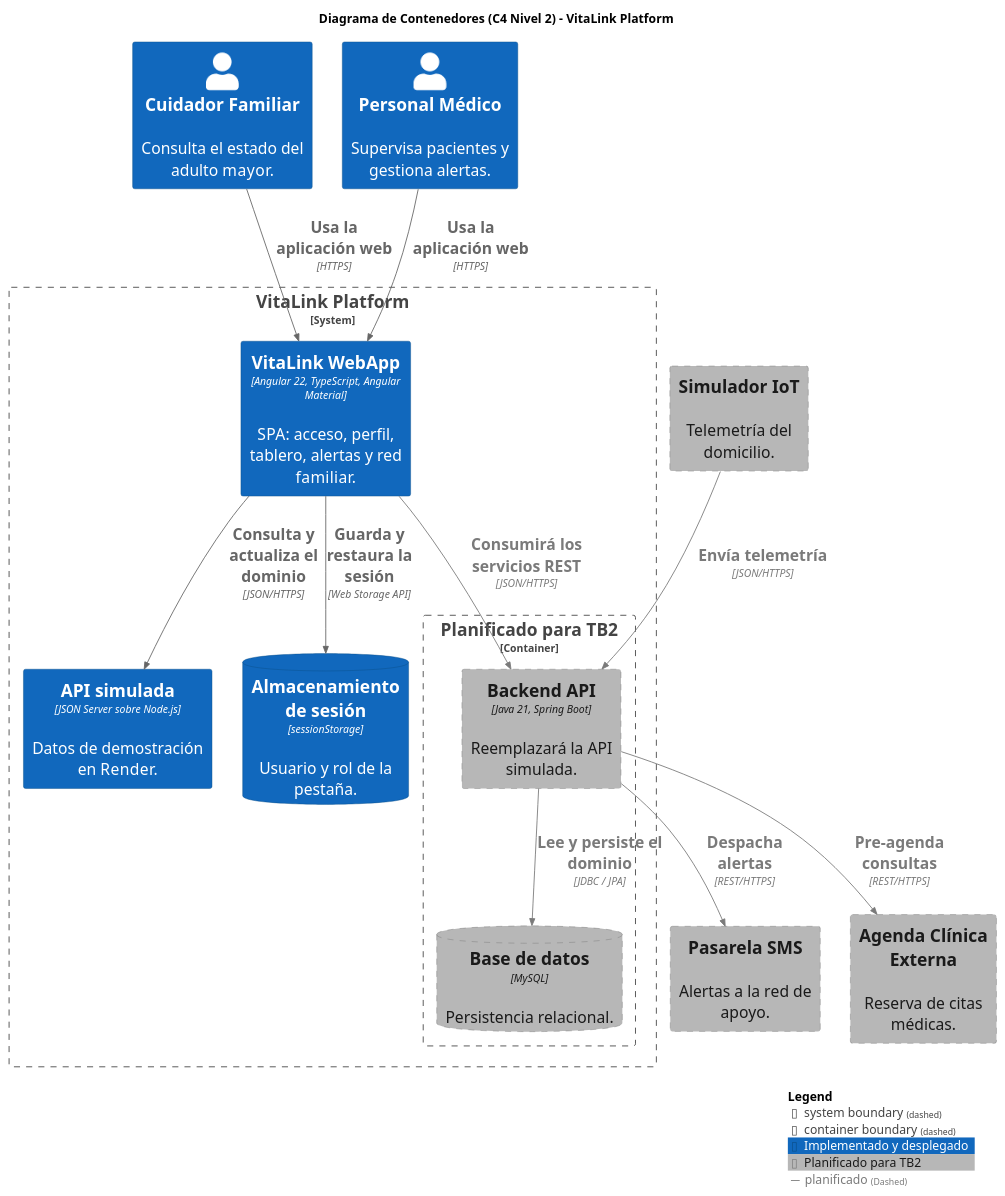
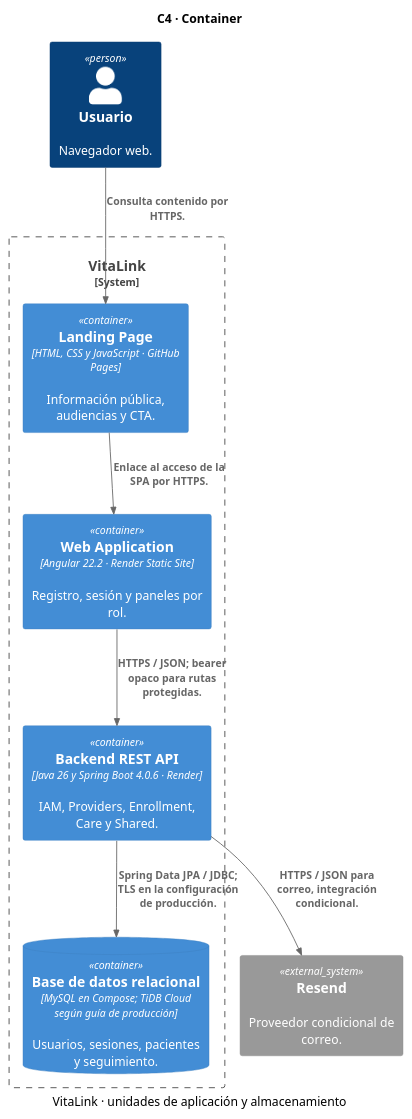
Before and after one commit to CodeBrokers-VitaLink/upc-pre-202620-1asi0729-7737-CodeBrokers-Report: the diagram in assets/diagrams/c4-02-container.puml, drawn with PlantUML. The commit also changed 21 other files, not shown here.

Commit message:
docs(architecture): update C4 diagrams

```diff
--- a/assets/diagrams/c4-02-container.puml
+++ b/assets/diagrams/c4-02-container.puml
@@ -1,48 +1,19 @@
 @startuml
-' VitaLink - C4 Nivel 2: Diagrama de Contenedores
-' Referencia en el informe: 4.6.3 Software Architecture Container Diagrams
-' Estado reflejado: contenedores desplegados hoy (SPA Angular + API simulada) y contenedores
-' previstos para TB2 (Backend API Spring Boot + base de datos), marcados como planificados.
-
 !include <C4/C4_Container>
-skinparam defaultFontSize 18
-
-AddElementTag("implementado", $bgColor="#1168BD", $fontColor="#FFFFFF", $borderColor="#0B4F8A", $legendText="Implementado y desplegado")
-AddElementTag("planificado",  $bgColor="#B7B7B7", $fontColor="#1A1A1A", $borderColor="#7A7A7A", $borderStyle=Dashed, $legendText="Planificado para TB2")
-AddRelTag("planificado", $textColor="#7A7A7A", $lineColor="#7A7A7A", $lineStyle=Dashed)
-
-title Diagrama de Contenedores (C4 Nivel 2) - VitaLink Platform
-
-Person(family, "Cuidador Familiar", "Consulta el estado del adulto mayor.", $tags="implementado")
-Person(doctor, "Personal Médico", "Supervisa pacientes y gestiona alertas.", $tags="implementado")
-
-System_Boundary(vitalink, "VitaLink Platform") {
-
-    Container(spa, "VitaLink WebApp", "Angular 22, TypeScript, Angular Material", "SPA: acceso, perfil, tablero, alertas y red familiar.", $tags="implementado")
-
-    Container(fakeapi, "API simulada", "JSON Server sobre Node.js", "Datos de demostración en Render.", $tags="implementado")
-
-    ContainerDb(session, "Almacenamiento de sesión", "sessionStorage", "Usuario y rol de la pestaña.", $tags="implementado")
-
-    Container_Boundary(tb2, "Planificado para TB2") {
-        Container(api, "Backend API", "Java 21, Spring Boot", "Reemplazará la API simulada.", $tags="planificado")
-        ContainerDb(db, "Base de datos", "MySQL", "Persistencia relacional.", $tags="planificado")
-    }
+title C4 · Container
+caption VitaLink · unidades de aplicación y almacenamiento
+skinparam shadowing false
+Person(visitor, "Usuario", "Navegador web.")
+System_Ext(resend, "Resend", "Proveedor condicional de correo.")
+System_Boundary(vitalink, "VitaLink") {
+Container(landing, "Landing Page", "HTML, CSS y JavaScript · GitHub Pages", "Información pública, audiencias y CTA.")
+Container(spa, "Web Application", "Angular 22.2 · Render Static Site", "Registro, sesión y paneles por rol.")
+Container(api, "Backend REST API", "Java 26 y Spring Boot 4.0.6 · Render", "IAM, Providers, Enrollment, Care y Shared.")
+ContainerDb(db, "Base de datos relacional", "MySQL en Compose; TiDB Cloud según guía de producción", "Usuarios, sesiones, pacientes y seguimiento.")
 }
-
-System_Ext(iot, "Simulador IoT", "Telemetría del domicilio.", $tags="planificado")
-System_Ext(sms, "Pasarela SMS", "Alertas a la red de apoyo.", $tags="planificado")
-System_Ext(clinic, "Agenda Clínica Externa", "Reserva de citas médicas.", $tags="planificado")
-
-Rel(family, spa, "Usa la aplicación web", "HTTPS")
-Rel(doctor, spa, "Usa la aplicación web", "HTTPS")
-Rel(spa, fakeapi, "Consulta y actualiza el dominio", "JSON/HTTPS")
-Rel(spa, session, "Guarda y restaura la sesión", "Web Storage API")
-Rel(spa, api, "Consumirá los servicios REST", "JSON/HTTPS", $tags="planificado")
-Rel(api, db, "Lee y persiste el dominio", "JDBC / JPA", $tags="planificado")
-Rel(iot, api, "Envía telemetría", "JSON/HTTPS", $tags="planificado")
-Rel(api, sms, "Despacha alertas", "REST/HTTPS", $tags="planificado")
-Rel(api, clinic, "Pre-agenda consultas", "REST/HTTPS", $tags="planificado")
-
-SHOW_LEGEND()
+Rel(visitor, landing, "Consulta contenido por HTTPS.")
+Rel(landing, spa, "Enlace al acceso de la SPA por HTTPS.")
+Rel(spa, api, "HTTPS / JSON; bearer opaco para rutas protegidas.")
+Rel(api, db, "Spring Data JPA / JDBC; TLS en la configuración de producción.")
+Rel(api, resend, "HTTPS / JSON para correo, integración condicional.")
 @enduml
```
